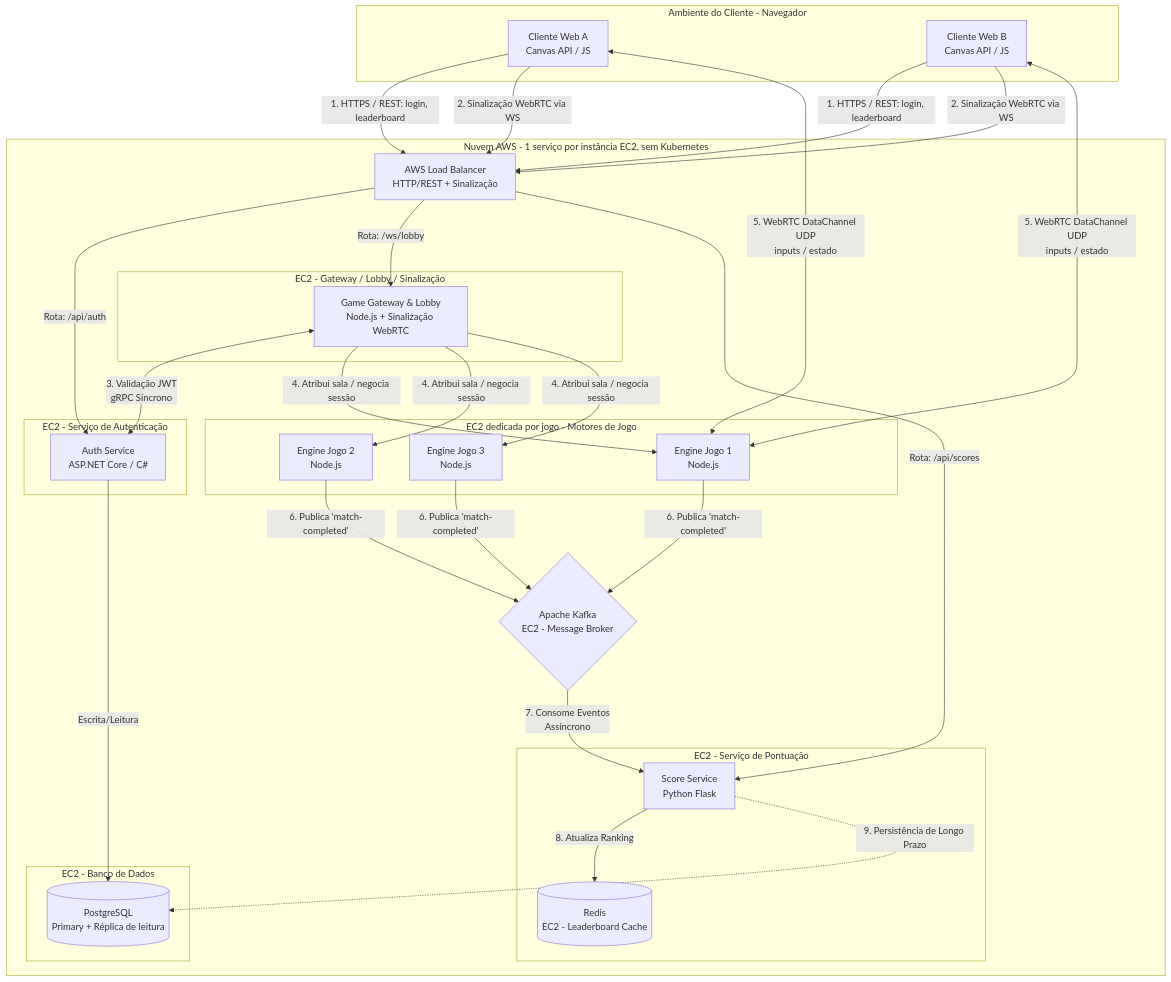
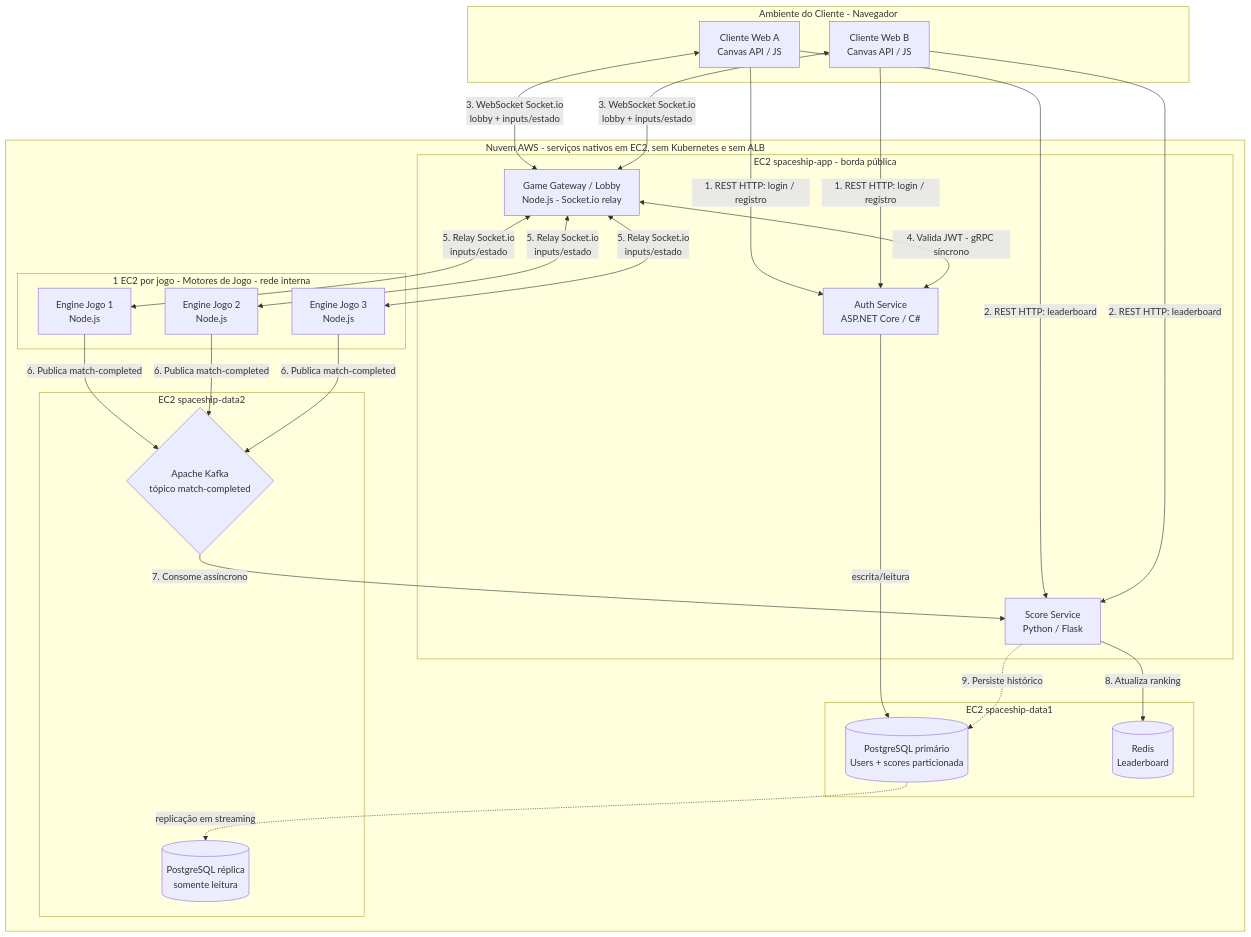
Before and after one commit to ThiagoNascente/Trabalho-Scd-Grupo-6: the diagram in Docs/Arquitetura/Arquitetura_code.md, drawn with Mermaid. The commit also changed other lines of this file and 35 other files, not shown here.

Commit message:
removendo o webRTC e documentando para apresentação

````diff
--- a/Docs/Arquitetura/Arquitetura_code.md
+++ b/Docs/Arquitetura/Arquitetura_code.md
@@ -2,77 +9,60 @@
 ```mermaid
 flowchart TD
-    %% Definição de Estilo dos Nós
     subgraph Clientes [Ambiente do Cliente - Navegador]
         N1[Cliente Web A<br/>Canvas API / JS]
         N2[Cliente Web B<br/>Canvas API / JS]
     end
 
-    subgraph Infra_AWS [Nuvem AWS - 1 serviço por instância EC2, sem Kubernetes]
-        LB[AWS Load Balancer<br/>HTTP/REST + Sinalização]
+    subgraph Infra_AWS [Nuvem AWS - serviços nativos em EC2, sem Kubernetes e sem ALB]
 
-        %% Microsserviço de Autenticação
-        subgraph MS_Auth [EC2 - Serviço de Autenticação]
+        subgraph MS_App [EC2 spaceship-app - borda pública]
             Auth[Auth Service<br/>ASP.NET Core / C#]
+            Gateway[Game Gateway / Lobby<br/>Node.js - Socket.io relay]
+            Score[Score Service<br/>Python / Flask]
         end
 
-        %% Banco de dados
-        subgraph MS_DB [EC2 - Banco de Dados]
-            DB_User[(PostgreSQL<br/>Primary + Réplica de leitura)]
-        end
-
-        %% Microsserviço de Conexão / Sinalização
-        subgraph MS_Gateway [EC2 - Gateway / Lobby / Sinalização]
-            Gateway[Game Gateway & Lobby<br/>Node.js + Sinalização WebRTC]
-        end
-
-        %% Motores de Jogo Particionados - 1 EC2 por jogo
-        subgraph MS_Engine [EC2 dedicada por jogo - Motores de Jogo]
+        subgraph MS_Engine [1 EC2 por jogo - Motores de Jogo - rede interna]
             EngineA[Engine Jogo 1<br/>Node.js]
             EngineB[Engine Jogo 2<br/>Node.js]
             EngineC[Engine Jogo 3<br/>Node.js]
         end
 
-        %% Broker de Eventos
-        Broker{Apache Kafka<br/>EC2 - Message Broker}
+        subgraph MS_Data1 [EC2 spaceship-data1]
+            DB[(PostgreSQL primário<br/>Users + scores particionada)]
+            Cache[(Redis<br/>Leaderboard)]
+        end
 
-        %% Microsserviço de Score
-        subgraph MS_Score [EC2 - Serviço de Pontuação]
-            Score[Score Service<br/>Python Flask]
-            Cache[(Redis<br/>EC2 - Leaderboard Cache)]
+        subgraph MS_Data2 [EC2 spaceship-data2]
+            Broker{Apache Kafka<br/>tópico match-completed}
+            DBR[(PostgreSQL réplica<br/>somente leitura)]
         end
     end
 
-    %% REST e sinalização passam pelo Load Balancer
-    N1 -->|1. HTTPS / REST: login, leaderboard| LB
-    N2 -->|1. HTTPS / REST: login, leaderboard| LB
-    N1 -->|2. Sinalização WebRTC via WS| LB
-    N2 -->|2. Sinalização WebRTC via WS| LB
+    %% (1-2) Cliente-Servidor REST: ações de ciclo curto
+    N1 -->|1. REST HTTP: login / registro| Auth
+    N2 -->|1. REST HTTP: login / registro| Auth
+    N1 -->|2. REST HTTP: leaderboard| Score
+    N2 -->|2. REST HTTP: leaderboard| Score
 
-    %% Roteamento do Load Balancer
-    LB -->|Rota: /api/auth| Auth
-    LB -->|Rota: /ws/lobby| Gateway
-    LB -->|Rota: /api/scores| Score
+    %% (3) Cliente-Servidor WebSocket: lobby + jogo em tempo real (só com o gateway)
+    N1 <-->|3. WebSocket Socket.io<br/>lobby + inputs/estado| Gateway
+    N2 <-->|3. WebSocket Socket.io<br/>lobby + inputs/estado| Gateway
 
-    %% Fluxos Internos Síncronos
-    Auth -->|Escrita/Leitura| DB_User
-    Gateway <-->|3. Validação JWT<br/>gRPC Síncrono| Auth
+    %% (4) RPC SÍNCRONO: validação de sessão na conexão
+    Gateway <-->|4. Valida JWT - gRPC síncrono| Auth
+    Auth -->|escrita/leitura| DB
 
-    %% Matchmaking: o Gateway atribui a sala a um Engine e negocia a sessão WebRTC
-    Gateway -->|4. Atribui sala / negocia sessão| EngineA
-    Gateway -->|4. Atribui sala / negocia sessão| EngineB
-    Gateway -->|4. Atribui sala / negocia sessão| EngineC
+    %% (5) RELAY: o gateway repassa inputs/estado ao engine dono da sala (rede interna)
+    Gateway <-->|5. Relay Socket.io<br/>inputs/estado| EngineA
+    Gateway <-->|5. Relay Socket.io<br/>inputs/estado| EngineB
+    Gateway <-->|5. Relay Socket.io<br/>inputs/estado| EngineC
 
-    %% Fluxo de jogo em tempo real: WebRTC DataChannel DIRETO cliente <-> engine
-    N1 <-->|5. WebRTC DataChannel UDP<br/>inputs / estado| EngineA
-    N2 <-->|5. WebRTC DataChannel UDP<br/>inputs / estado| EngineA
-
-    %% Fluxo Assíncrono Orientado a Eventos
-    EngineA -->|6. Publica 'match-completed'| Broker
-    EngineB -->|6. Publica 'match-completed'| Broker
-    EngineC -->|6. Publica 'match-completed'| Broker
-
-    %% Processamento em Background
-    Broker -->|7. Consome Eventos<br/>Assíncrono| Score
-    Score -->|8. Atualiza Ranking| Cache
-    Score -.->|9. Persistência de Longo Prazo| DB_User
+    %% (6-9) PUB-SUB / MESSAGING assíncrono: fim de partida -> ranking
+    EngineA -->|6. Publica match-completed| Broker
+    EngineB -->|6. Publica match-completed| Broker
+    EngineC -->|6. Publica match-completed| Broker
+    Broker -->|7. Consome assíncrono| Score
+    Score -->|8. Atualiza ranking| Cache
+    Score -.->|9. Persiste histórico| DB
+    DB -.->|replicação em streaming| DBR
 ```
````
